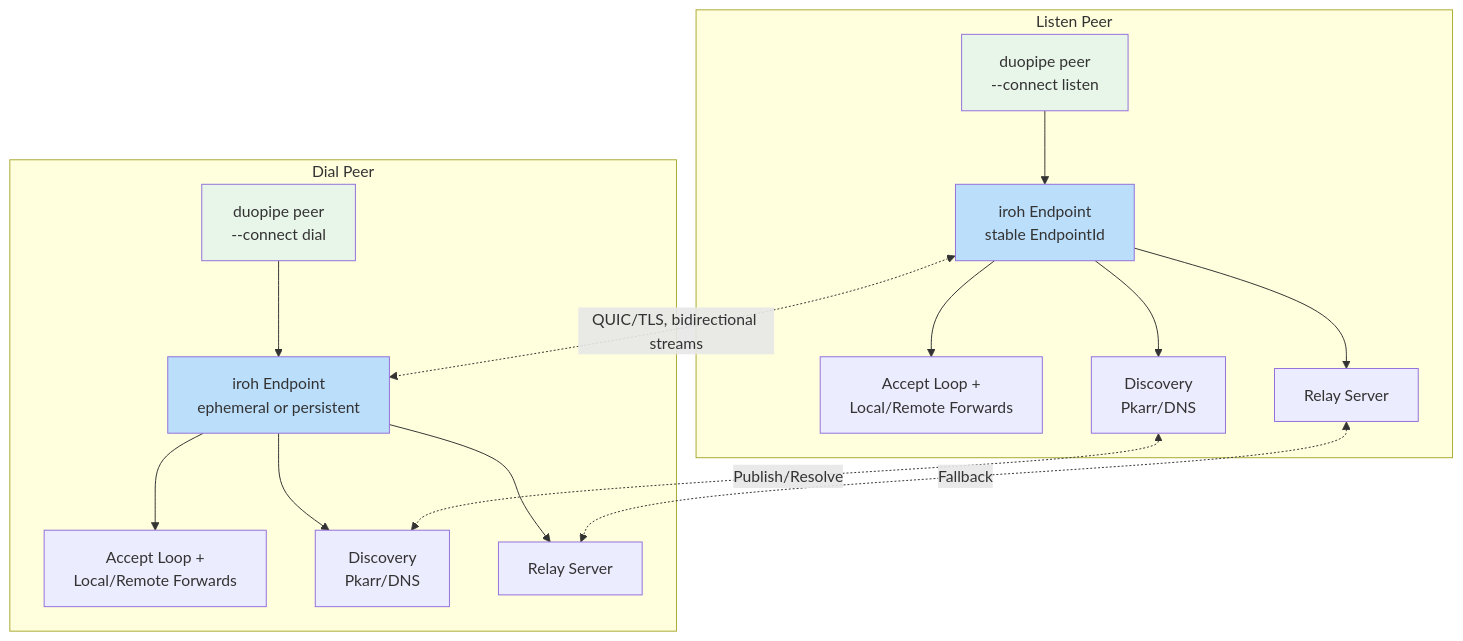
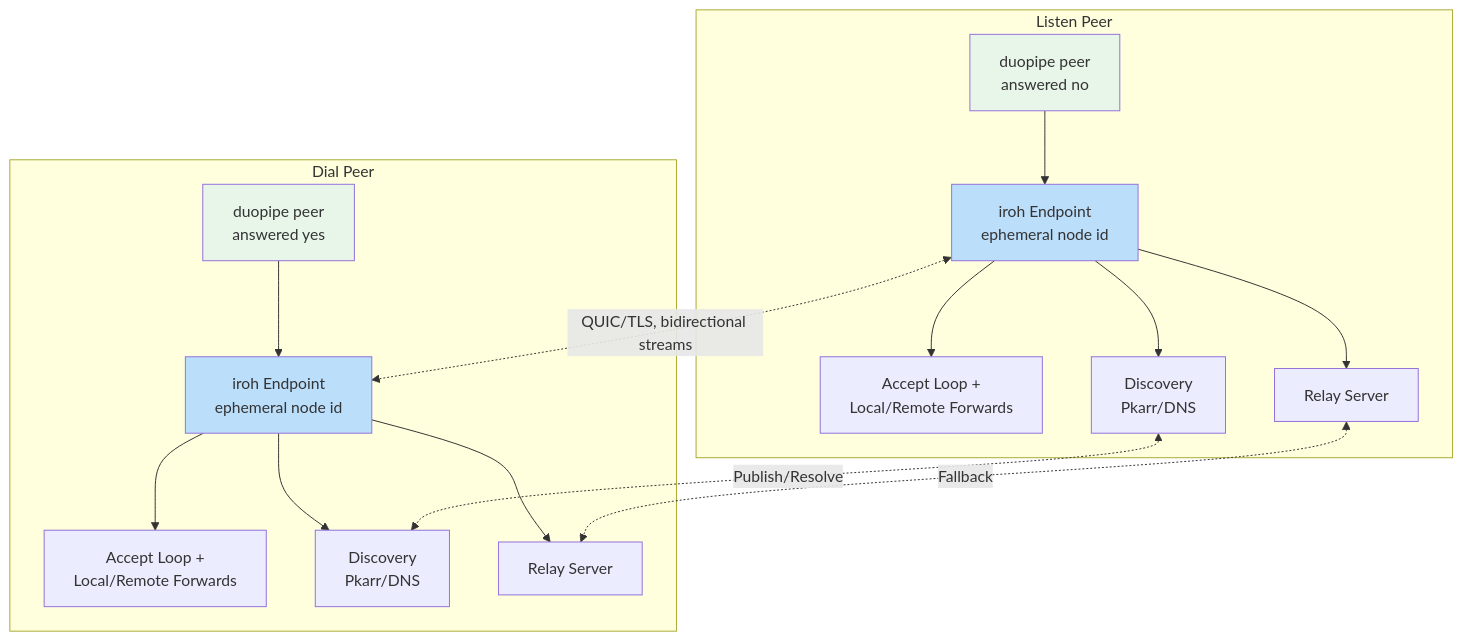
The fifth of 25 diagrams in docs/ARCHITECTURE.md (andrewtheguy/duopipe), drawn with Mermaid before and after one commit. The commit also changed other lines of this file and 14 other files, not shown here.

````diff
--- a/docs/ARCHITECTURE.md
+++ b/docs/ARCHITECTURE.md
@@ -150,37 +163,37 @@
 ```mermaid
 graph TB
     subgraph "Listen Peer"
-        A[duopipe peer<br/>--connect listen]
-        B[iroh Endpoint<br/>stable EndpointId]
+        A[duopipe peer<br/>answered no]
+        B[iroh Endpoint<br/>ephemeral node id]
         C[Accept Loop +<br/>Local/Remote Forwards]
         D[Discovery<br/>Pkarr/DNS]
         E[Relay Server]
     end
 
     subgraph "Dial Peer"
-        F[duopipe peer<br/>--connect dial]
-        G[iroh Endpoint<br/>ephemeral or persistent]
+        F[duopipe peer<br/>answered yes]
+        G[iroh Endpoint<br/>ephemeral node id]
         H[Accept Loop +<br/>Local/Remote Forwards]
         I[Discovery<br/>Pkarr/DNS]
         J[Relay Server]
     end
 
     A --> B
     B --> C
     B --> D
     B --> E
 
     F --> G
     G --> H
     G --> I
     G --> J
 
     B <-.QUIC/TLS, bidirectional streams.-> G
     D <-.Publish/Resolve.-> I
     E <-.Fallback.-> J
 
     style A fill:#E8F5E9
     style F fill:#E8F5E9
     style B fill:#BBDEFB
     style G fill:#BBDEFB
 ```
````
